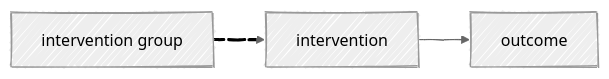
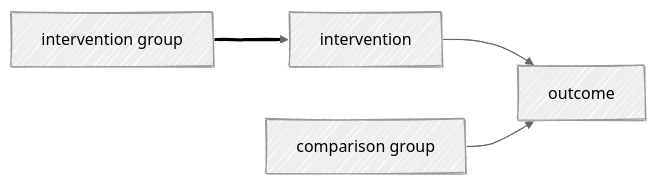
Before and after one commit to agrogan1/closeread: the second of 3 diagrams in multivariate/multivariate.md, drawn with Mermaid.

Commit message:
Fix flowchart syntax in multivariate.md

````diff
--- a/multivariate/multivariate.md
+++ b/multivariate/multivariate.md
@@ -26,18 +26,18 @@
 ```mermaid
 ---
 config:
   look: handDrawn
   theme: neutral
 ---
 
 flowchart LR
 
-  interventiongroup["intervention group"] e1@==> intervention
+  interventiongroup["intervention group"] --> intervention
 
   intervention[intervention] --> outcome[outcome]
 
-  e1@{ animate: true }
+  comparisongroup["comparison group"] --> outcome
 
   linkStyle 0 stroke:#000000,stroke-width:3px,font-size:36px,color:black;
 
 ```
````
